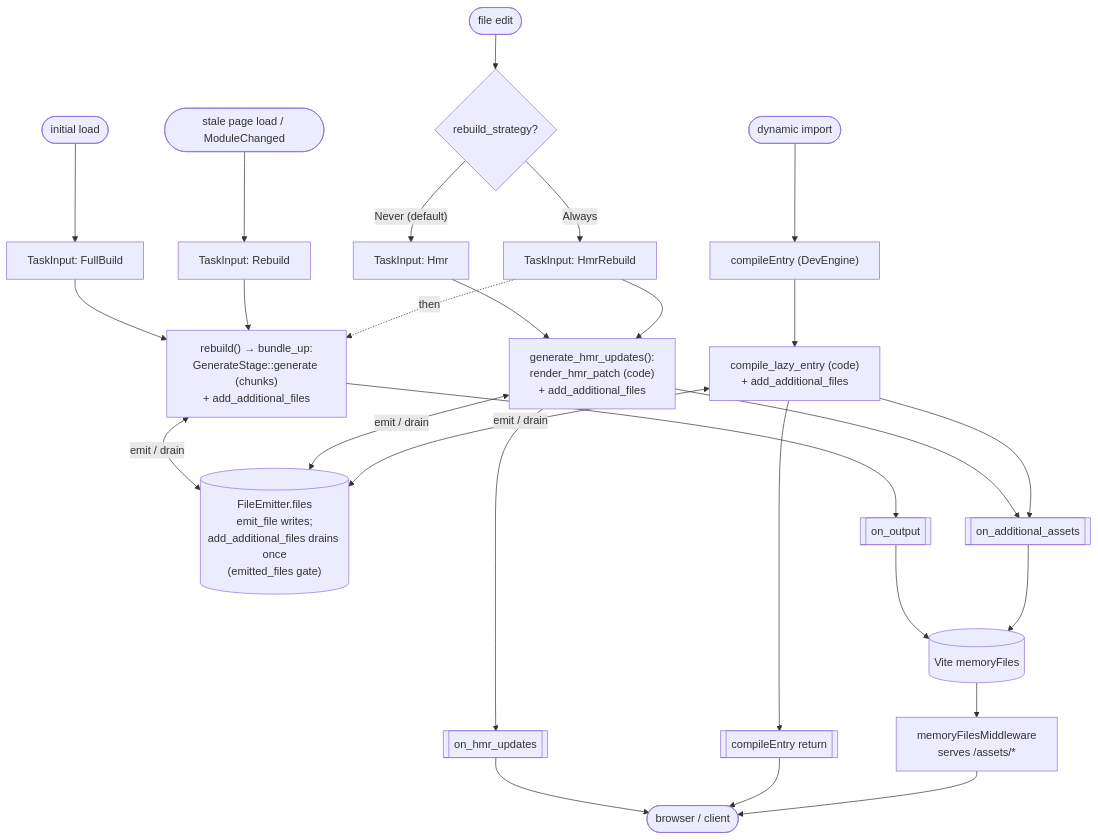
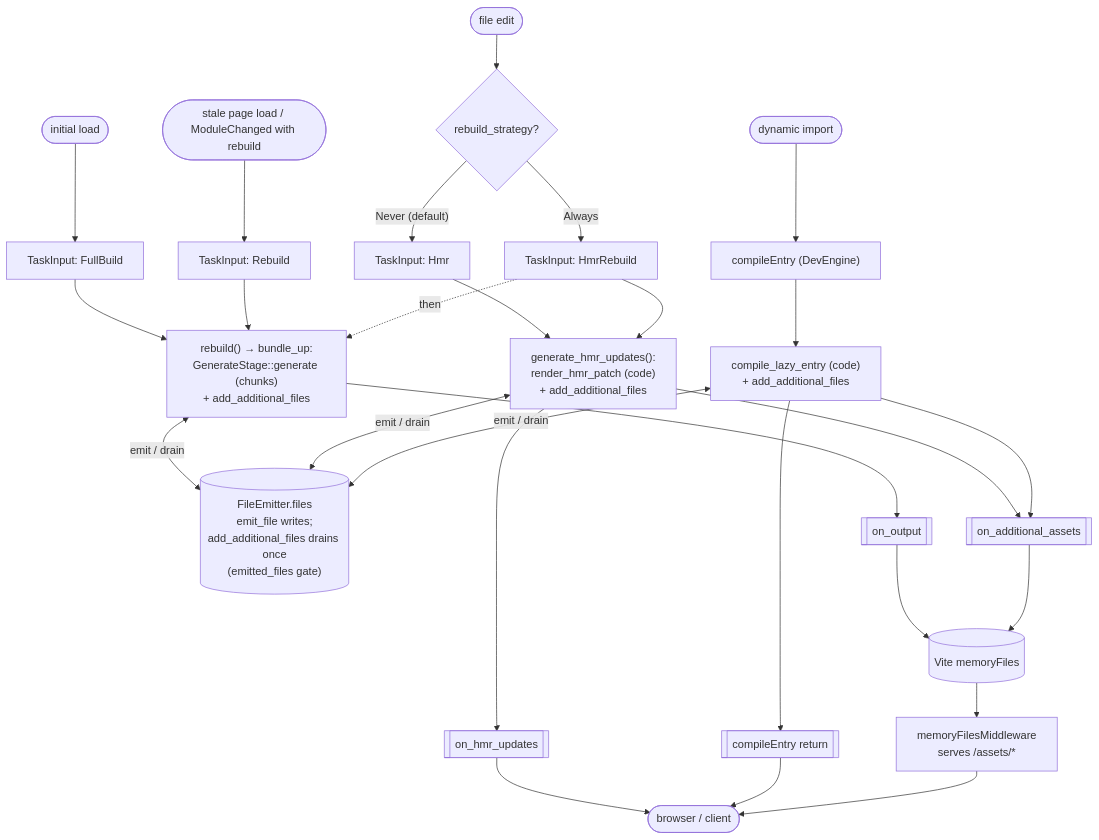
Before and after one commit to rolldown/rolldown: the second of 2 diagrams in internal-docs/dev-engine/implementation.md, drawn with Mermaid. The commit also changed other lines of this file and 12 other files, not shown here.

````diff
--- a/internal-docs/dev-engine/implementation.md
+++ b/internal-docs/dev-engine/implementation.md
@@ -1666,41 +1671,41 @@
 ```mermaid
 flowchart TD
   %% ===== triggers =====
   T1([initial load]) --> FULL["TaskInput: FullBuild"]
   T2([file edit]) --> D{"rebuild_strategy?"}
   T3([dynamic import]) --> LAZY["compileEntry (DevEngine)"]
-  T4([stale page load / ModuleChanged]) --> REB["TaskInput: Rebuild"]
+  T4([stale page load / ModuleChanged with rebuild]) --> REB["TaskInput: Rebuild"]
 
   %% ===== dispatch (handle_file_changes) =====
   D -->|"Never (default)"| HMR["TaskInput: Hmr"]
   D -->|"Always"| HR["TaskInput: HmrRebuild"]
 
   %% ===== function chains =====
   FULL --> RB
   REB --> RB["rebuild() → bundle_up:<br/>GenerateStage::generate (chunks)<br/>+ add_additional_files"]
   HMR --> GH["generate_hmr_updates():<br/>render_hmr_patch (code)<br/>+ add_additional_files"]
   HR --> GH
   HR -. "then" .-> RB
   LAZY --> CL["compile_lazy_entry (code)<br/>+ add_additional_files"]
 
   %% ===== shared emitter (asset bytes converge here) =====
   FE[("FileEmitter.files<br/>emit_file writes;<br/>add_additional_files drains once<br/>(emitted_files gate)")]
   RB <-->|"emit / drain"| FE
   GH <-->|"emit / drain"| FE
   CL <-->|"emit / drain"| FE
 
   %% ===== callbacks =====
   RB --> OUT[["on_output"]]
   GH --> HMRU[["on_hmr_updates"]]
   GH --> ADD[["on_additional_assets"]]
   CL --> ADD
   CL --> RET[["compileEntry return"]]
 
   %% ===== sinks =====
   OUT --> MEM[("Vite memoryFiles")]
   ADD --> MEM
   MEM --> MW["memoryFilesMiddleware<br/>serves /assets/*"]
   HMRU --> B(["browser / client"])
   RET --> B
   MW --> B
 ```
````
